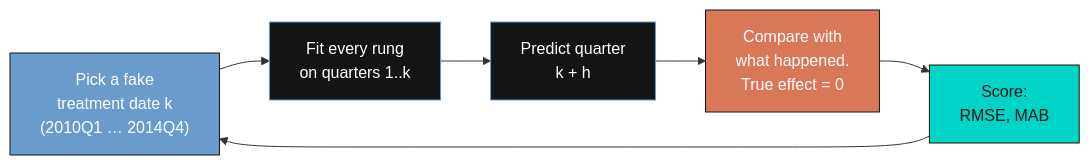
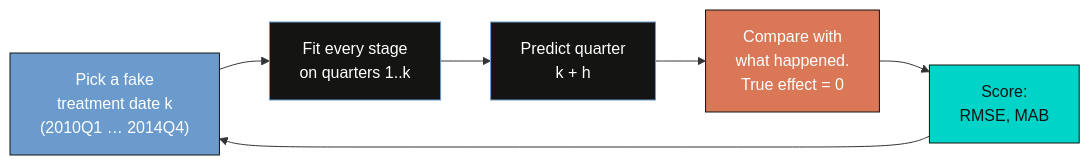
Before and after one commit to cmg777/starter-academic-v501: the third of 3 diagrams in content/post/python_sc_dsc_sdid/index.md, drawn with Mermaid. The commit also changed other lines of this file and 17 other files, not shown here.

First line of the commit message:
content(python_sc_dsc_sdid): "rung" becomes "stage" throughout

````diff
--- a/content/post/python_sc_dsc_sdid/index.md
+++ b/content/post/python_sc_dsc_sdid/index.md
@@ -1256,13 +1256,13 @@
 ```mermaid
 flowchart LR
-    A["Pick a fake<br/>treatment date k<br/>(2010Q1 … 2014Q4)"] --> B["Fit every rung<br/>on quarters 1..k"]
+    A["Pick a fake<br/>treatment date k<br/>(2010Q1 … 2014Q4)"] --> B["Fit every stage<br/>on quarters 1..k"]
     B --> C["Predict quarter<br/>k + h"]
     C --> D["Compare with<br/>what happened.<br/>True effect = 0"]
     D --> E["Score:<br/>RMSE, MAB"]
     E --> A
     style A fill:#6a9bcc,stroke:#141413,color:#fff
     style B fill:#141413,stroke:#6a9bcc,color:#fff
     style C fill:#141413,stroke:#6a9bcc,color:#fff
     style D fill:#d97757,stroke:#141413,color:#fff
     style E fill:#00d4c8,stroke:#141413,color:#141413
 ```
````
